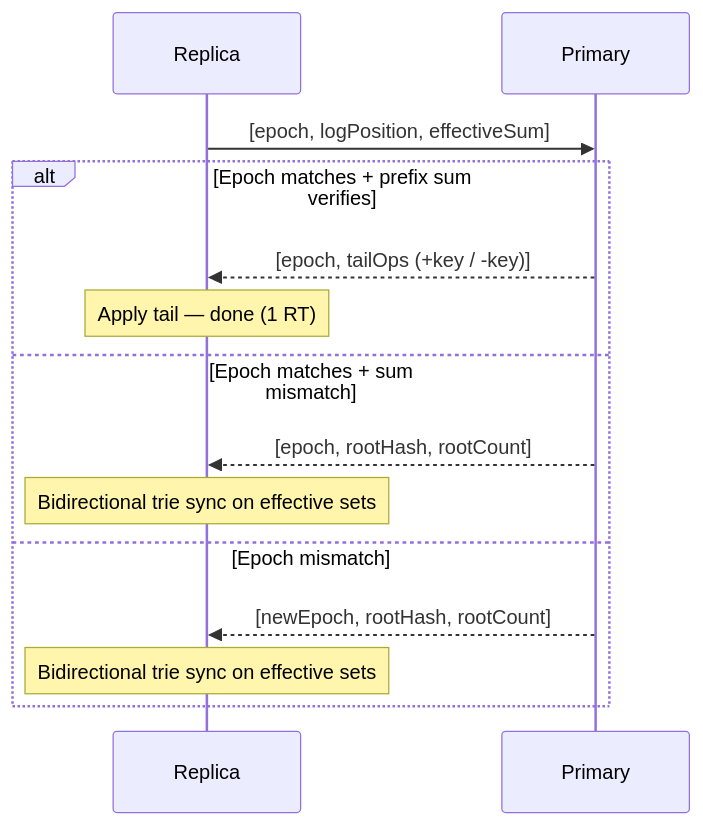
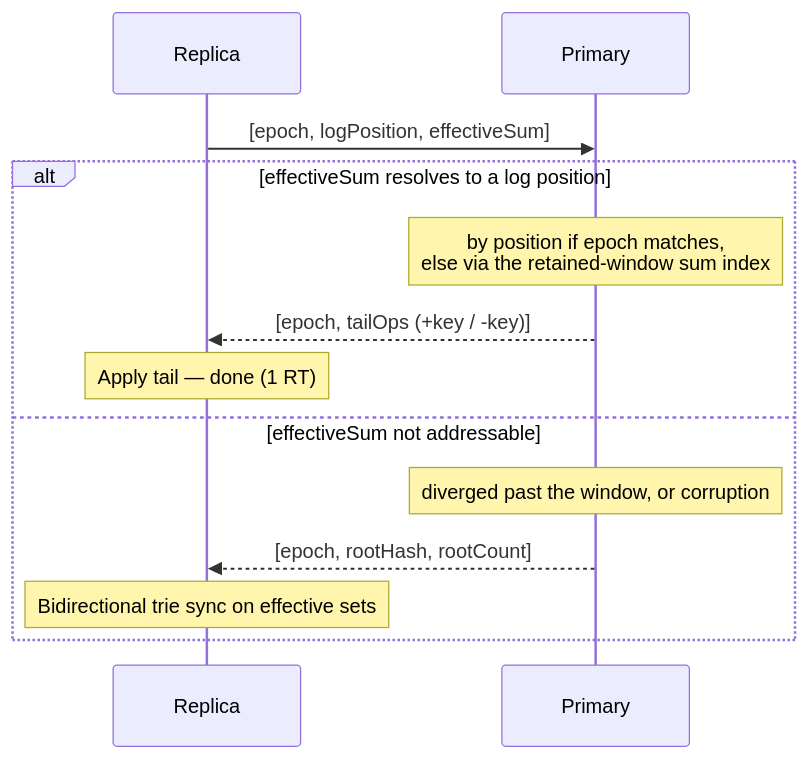
The first of 2 diagrams in SetSum/Sync/README.md (arj03/setsum-cs), drawn with Mermaid before and after one commit. The commit also changed other lines of this file and 6 other files, not shown here.

````diff
--- a/SetSum/Sync/README.md
+++ b/SetSum/Sync/README.md
@@ -50,18 +51,17 @@
 ```mermaid
 sequenceDiagram
     participant R as Replica
     participant P as Primary
 
     R->>P: [epoch, logPosition, effectiveSum]
 
-    alt Epoch matches + prefix sum verifies
+    alt effectiveSum resolves to a log position
+        Note over P: by position if epoch matches,<br/>else via the retained-window sum index
         P-->>R: [epoch, tailOps (+key / -key)]
         Note over R: Apply tail — done (1 RT)
-    else Epoch matches + sum mismatch
+    else effectiveSum not addressable
+        Note over P: diverged past the window, or corruption
         P-->>R: [epoch, rootHash, rootCount]
-        Note over R: Bidirectional trie sync on effective sets
-    else Epoch mismatch
-        P-->>R: [newEpoch, rootHash, rootCount]
         Note over R: Bidirectional trie sync on effective sets
     end
 ```
````
